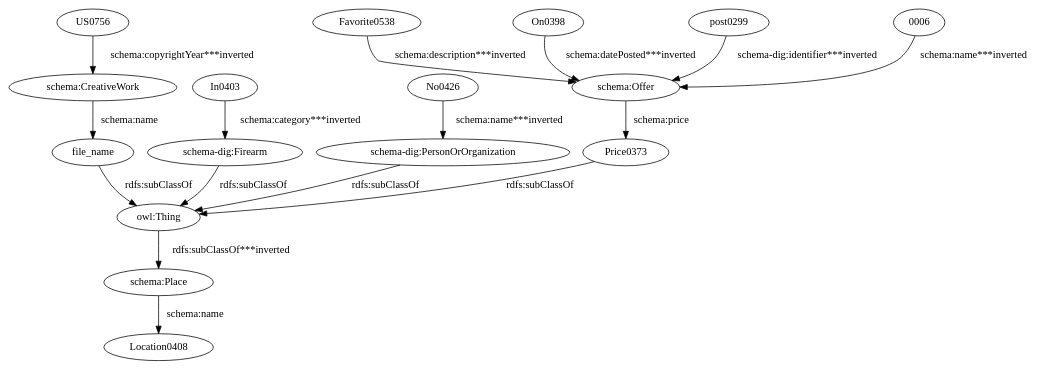
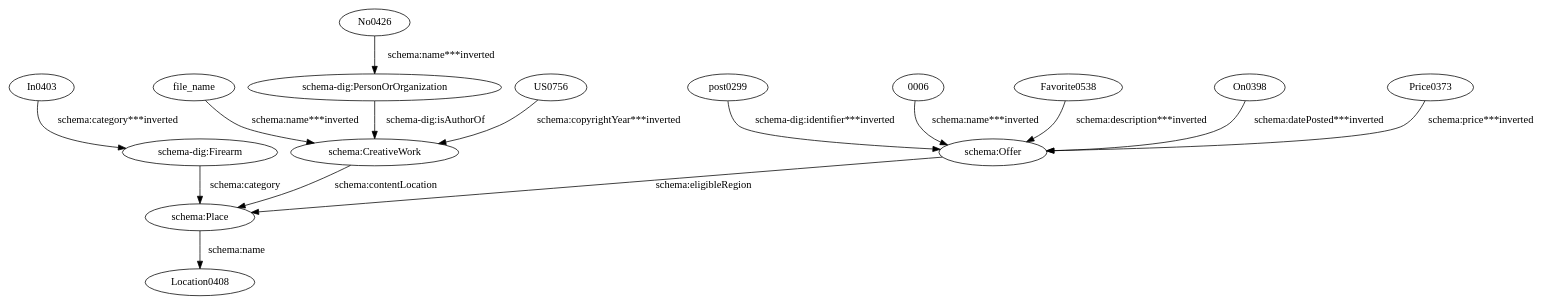
Before and after one commit to giuseppefutia/semi: the diagram in data/taheriyan2016/task_04/semantic_models/steiner/dot/armslist.dot, drawn with Graphviz. The commit also changed 119 other files, not shown here.

```diff
--- a/data/taheriyan2016/task_04/semantic_models/steiner/dot/armslist.dot
+++ b/data/taheriyan2016/task_04/semantic_models/steiner/dot/armslist.dot
@@ -1,33 +1,31 @@
 digraph {
   "0006" [type=attribute_name,label="0006"]
   "schema:Offer1" [type=class_uri,label="schema:Offer"]
   Favorite0538 [type=attribute_name,label=Favorite0538]
   In0403 [type=attribute_name,label=In0403]
   "schema-dig:Firearm1" [type=class_uri,label="schema-dig:Firearm"]
   No0426 [type=attribute_name,label=No0426]
   "schema-dig:PersonOrOrganization1" [type=class_uri,label="schema-dig:PersonOrOrganization"]
   On0398 [type=attribute_name,label=On0398]
   Price0373 [type=attribute_name,label=Price0373]
-  "owl:Thing" [type=special,label="owl:Thing"]
   US0756 [type=attribute_name,label=US0756]
   "schema:CreativeWork1" [type=class_uri,label="schema:CreativeWork"]
   file_name [type=attribute_name,label=file_name]
+  post0299 [type=attribute_name,label=post0299]
   "schema:Place1" [type=class_uri,label="schema:Place"]
-  post0299 [type=attribute_name,label=post0299]
   Location0408 [type=attribute_name,label=Location0408]
   "0006" -> "schema:Offer1" [type=st_property_uri,label="schema:name***inverted",weight=1]
   Favorite0538 -> "schema:Offer1" [type=st_property_uri,label="schema:description***inverted",weight=1]
   In0403 -> "schema-dig:Firearm1" [type=st_property_uri,label="schema:category***inverted",weight=1]
   No0426 -> "schema-dig:PersonOrOrganization1" [type=st_property_uri,label="schema:name***inverted",weight=1]
   On0398 -> "schema:Offer1" [type=st_property_uri,label="schema:datePosted***inverted",weight=1]
-  Price0373 -> "owl:Thing" [label="rdfs:subClassOf",type=inherited,weight=0.3333333333333333]
+  Price0373 -> "schema:Offer1" [type=st_property_uri,label="schema:price***inverted",weight=1]
   US0756 -> "schema:CreativeWork1" [type=st_property_uri,label="schema:copyrightYear***inverted",weight=1]
-  file_name -> "owl:Thing" [label="rdfs:subClassOf",type=inherited,weight=0.3333333333333333]
-  "owl:Thing" -> "schema:Place1" [type=inherited,label="rdfs:subClassOf***inverted",weight=0.3333333333333333]
+  file_name -> "schema:CreativeWork1" [type=st_property_uri,label="schema:name***inverted",weight=1]
   post0299 -> "schema:Offer1" [type=st_property_uri,label="schema-dig:identifier***inverted",weight=1]
-  "schema-dig:Firearm1" -> "owl:Thing" [label="rdfs:subClassOf",type=inherited,weight=0.3333333333333333]
-  "schema-dig:PersonOrOrganization1" -> "owl:Thing" [label="rdfs:subClassOf",type=inherited,weight=0.3333333333333333]
-  "schema:CreativeWork1" -> file_name [label="schema:name",type=st_property_uri]
-  "schema:Offer1" -> Price0373 [label="schema:price",type=st_property_uri]
+  "schema-dig:Firearm1" -> "schema:Place1" [label="schema:category",type=inherited,weight=4]
+  "schema-dig:PersonOrOrganization1" -> "schema:CreativeWork1" [label="schema-dig:isAuthorOf",type=direct_property_uri,weight=1]
+  "schema:CreativeWork1" -> "schema:Place1" [label="schema:contentLocation",type=direct_property_uri,weight=1]
+  "schema:Offer1" -> "schema:Place1" [label="schema:eligibleRegion",type=direct_property_uri,weight=1]
   "schema:Place1" -> Location0408 [label="schema:name",type=st_property_uri]
 }
```
